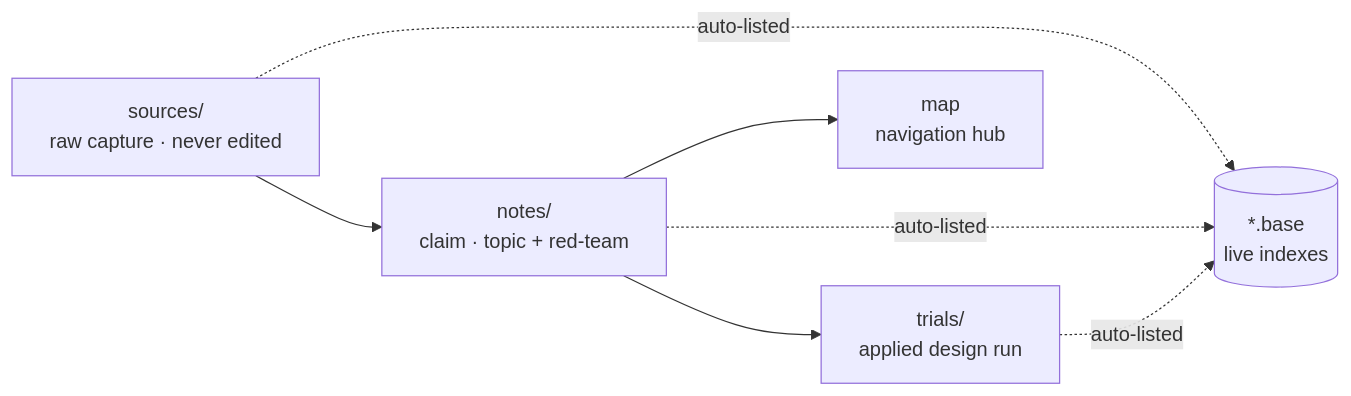
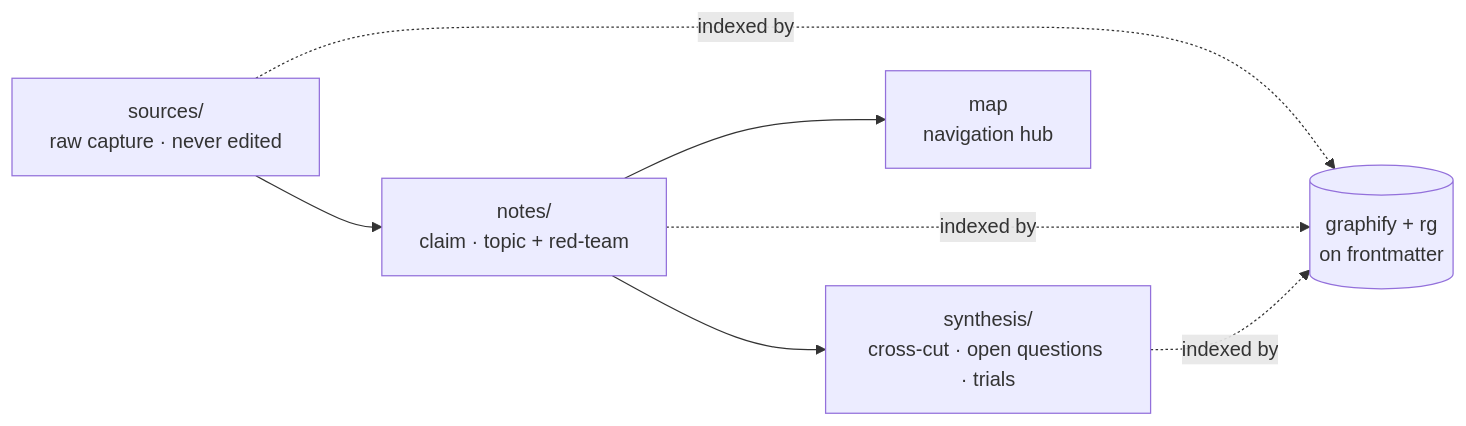
The first of 4 diagrams in knowledge/SCHEMA.md (poetandsinger/SRTP_PowerElectronicsAI), drawn with Mermaid before and after one commit. The commit also changed other lines of this file and 7 other files, not shown here.

````diff
--- a/knowledge/SCHEMA.md
+++ b/knowledge/SCHEMA.md
@@ -89,9 +113,9 @@
 ```mermaid
 graph LR
     SRC["sources/<br/>raw capture · never edited"] --> NOTE["notes/<br/>claim · topic + red-team"]
-    NOTE --> TRIAL["trials/<br/>applied design run"]
+    NOTE --> SYN["synthesis/<br/>cross-cut · open questions · trials"]
     NOTE --> MAP["map<br/>navigation hub"]
-    SRC -. auto-listed .-> CAT[("*.base<br/>live indexes")]
-    NOTE -. auto-listed .-> CAT
-    TRIAL -. auto-listed .-> CAT
+    SRC -. indexed by .-> G[("graphify + rg<br/>on frontmatter")]
+    NOTE -. indexed by .-> G
+    SYN -. indexed by .-> G
 ```
````
